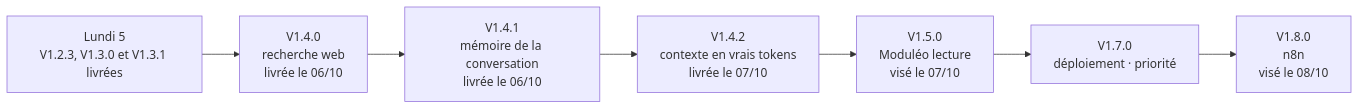
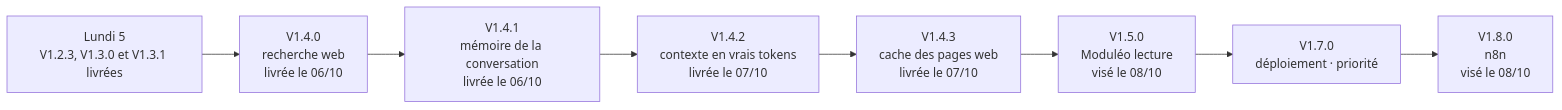
The third of 3 diagrams in README.md (UlyssouLV/BBASS-Agents-IA), drawn with Mermaid before and after one commit. The commit also changed other lines of this file and 260 other files, not shown here.

First line of the commit message:
V1.4.3 — Cache des pages web entre conversations (relecture forcée, questions revérifiées) (#159)

````diff
--- a/README.md
+++ b/README.md
@@ -38,9 +151,10 @@
 ```mermaid
 flowchart LR
   L05["Lundi 5<br/>V1.2.3, V1.3.0 et V1.3.1 livrées"] --> V140["V1.4.0<br/>recherche web<br/>livrée le 06/10"]
   V140 --> V141["V1.4.1<br/>mémoire de la conversation<br/>livrée le 06/10"]
   V141 --> V142["V1.4.2<br/>contexte en vrais tokens<br/>livrée le 07/10"]
-  V142 --> V150["V1.5.0<br/>Moduléo lecture<br/>visé le 07/10"]
+  V142 --> V143["V1.4.3<br/>cache des pages web<br/>livrée le 07/10"]
+  V143 --> V150["V1.5.0<br/>Moduléo lecture<br/>visé le 08/10"]
   V150 --> V170["V1.7.0<br/>déploiement · priorité"]
   V170 --> V180["V1.8.0<br/>n8n<br/>visé le 08/10"]
 ```
````
